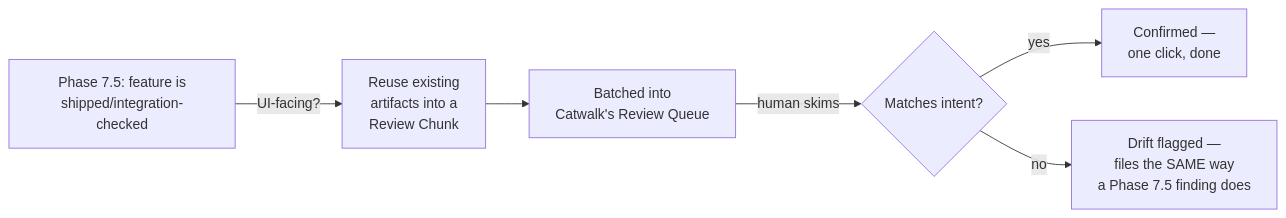
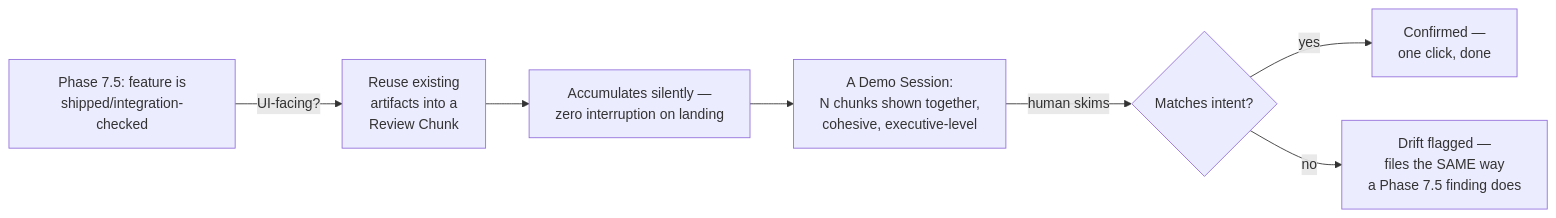
One commit to sibulus13/claudence changed the fifth of 5 diagrams in skills/dark-factory/SKILL.md. Above: the diagram before and after it, drawn with Mermaid. The commit also changed other lines of this file, not shown here.

First line of the commit message:
fix(dark-factory): Executive Review Checkpoint -> batched Demo Session

````diff
--- a/skills/dark-factory/SKILL.md
+++ b/skills/dark-factory/SKILL.md
@@ -967,8 +967,9 @@
 ```mermaid
 flowchart LR
     A[Phase 7.5: feature is<br/>shipped/integration-checked] -->|UI-facing?| B[Reuse existing<br/>artifacts into a<br/>Review Chunk]
-    B --> C[Batched into<br/>Catwalk's Review Queue]
-    C -->|human skims| D{Matches intent?}
-    D -->|yes| E[Confirmed —<br/>one click, done]
-    D -->|no| F[Drift flagged —<br/>files the SAME way<br/>a Phase 7.5 finding does]
+    B --> C[Accumulates silently —<br/>zero interruption on landing]
+    C --> D[A Demo Session:<br/>N chunks shown together,<br/>cohesive, executive-level]
+    D -->|human skims| E{Matches intent?}
+    E -->|yes| F[Confirmed —<br/>one click, done]
+    E -->|no| G[Drift flagged —<br/>files the SAME way<br/>a Phase 7.5 finding does]
 ```
````
